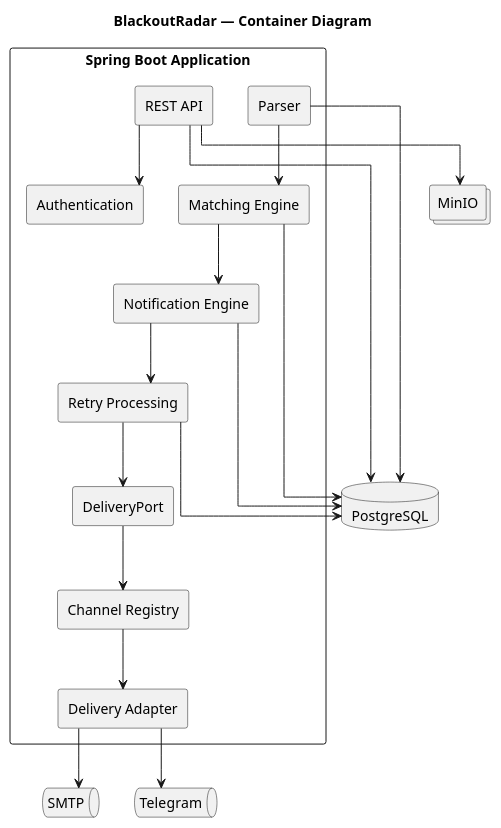
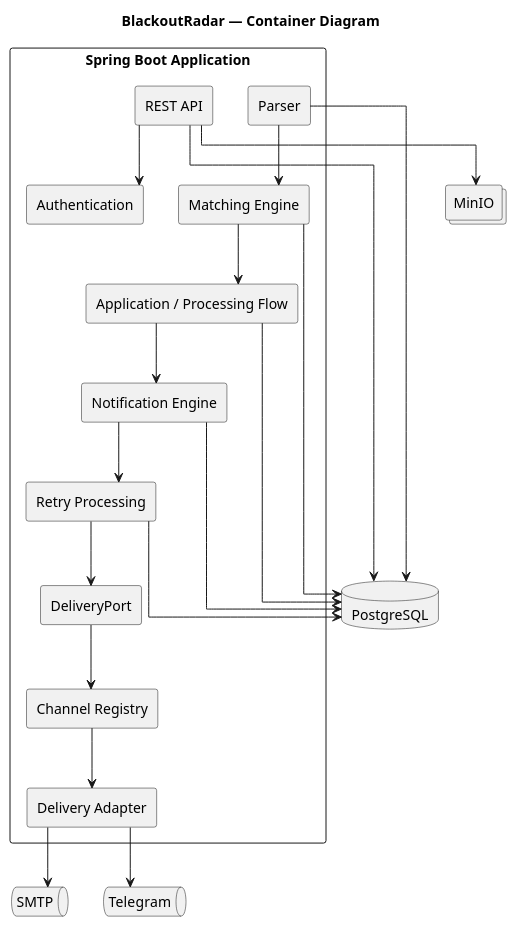
Before and after one commit to ZyibinAV/BlackoutRadar: the diagram in docs/diagrams/overview/02-container.puml, drawn with PlantUML. The commit also changed 26 other files, not shown here.

```diff
--- a/docs/diagrams/overview/02-container.puml
+++ b/docs/diagrams/overview/02-container.puml
@@ -1,70 +1,76 @@
 @startuml BlackoutRadar_Container
 
 title BlackoutRadar — Container Diagram
 
 skinparam shadowing false
 skinparam linetype ortho
 skinparam componentStyle rectangle
 skinparam packageStyle rectangle
 
 package "Spring Boot Application" {
 
     [REST API]
 
     [Authentication]
 
     [Parser]
 
     [Matching Engine]
+
+    [Application / Processing Flow]
 
     [Notification Engine]
 
     [Retry Processing]
 
     [DeliveryPort]
 
     [Channel Registry]
 
     [Delivery Adapter]
 
 }
 
 database PostgreSQL
 
 collections MinIO
 
 queue SMTP
 
 queue Telegram
 
 [REST API] --> [Authentication]
 
 [Parser] --> [Matching Engine]
 
-[Matching Engine] --> [Notification Engine]
+[Matching Engine] --> [Application / Processing Flow]
+
+[Application / Processing Flow] --> [Notification Engine]
 
 [REST API] --> PostgreSQL
 
 [Parser] --> PostgreSQL
 
 [Matching Engine] --> PostgreSQL
+
+[Application / Processing Flow] --> PostgreSQL
 
 [Notification Engine] --> PostgreSQL
 
 [Notification Engine] --> [Retry Processing]
 
 [Retry Processing] --> PostgreSQL
 
 [Retry Processing] --> [DeliveryPort]
 
 [DeliveryPort] --> [Channel Registry]
 
 [Channel Registry] --> [Delivery Adapter]
 
 [Delivery Adapter] --> SMTP
 
 [Delivery Adapter] --> Telegram
 
 [REST API] --> MinIO
 
 @enduml
```
